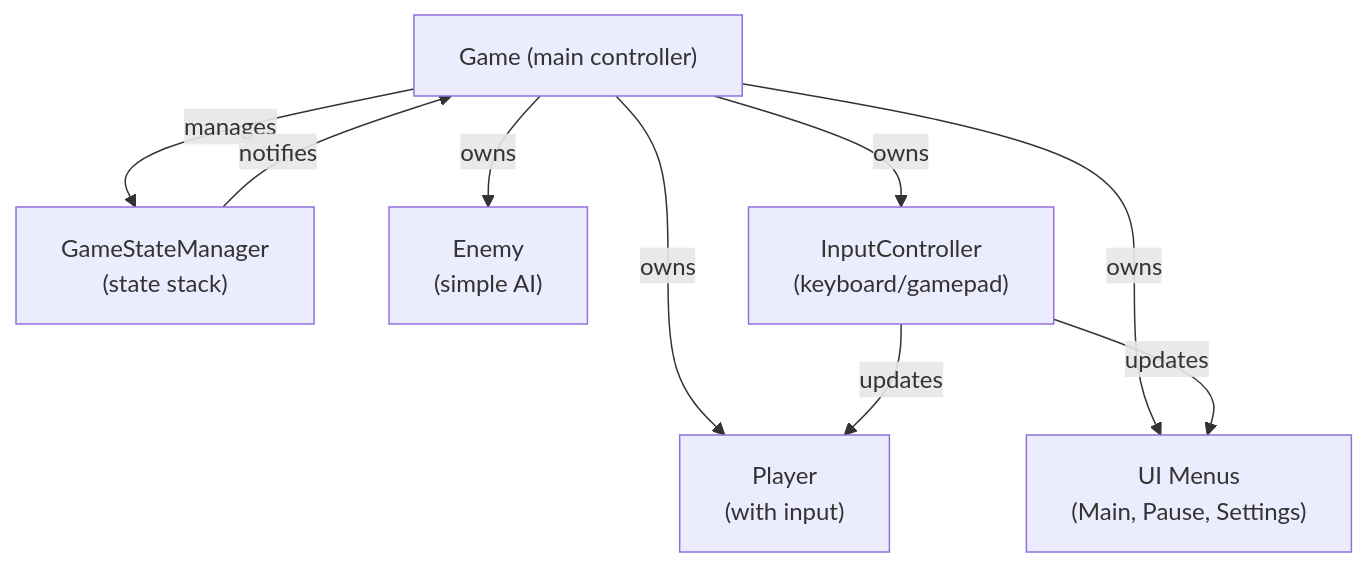
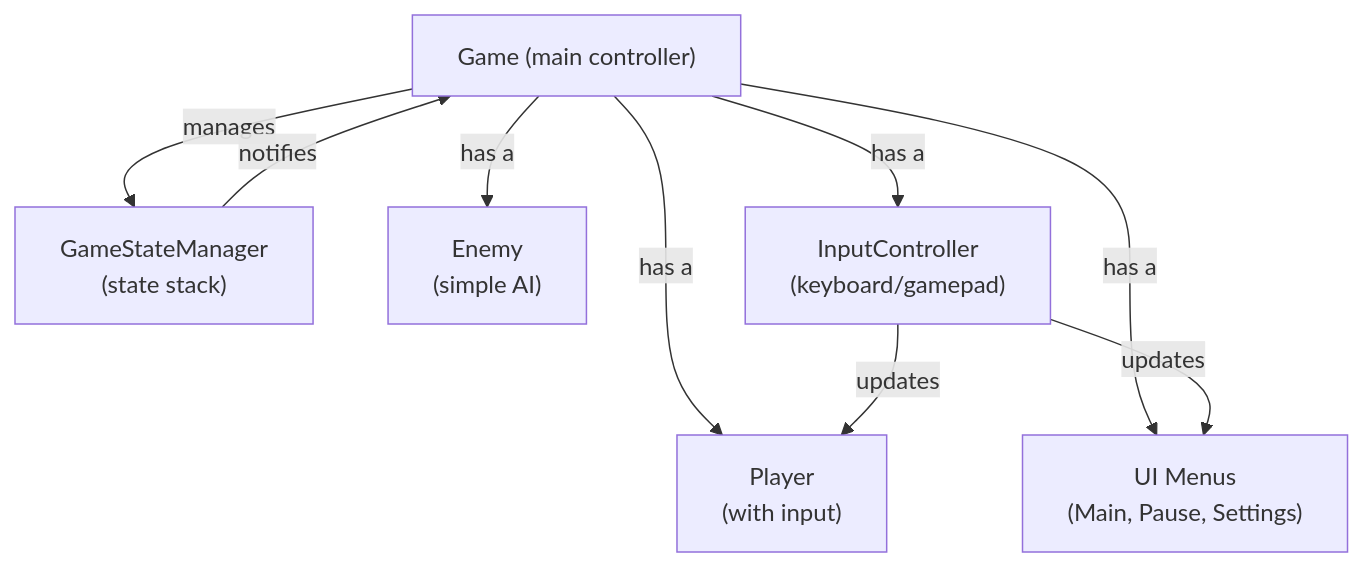
The diagram in Documentation/Architecture & Core Systems/Game Architecture Overview.md (Edward-Norton/4th-Year-Thorns), drawn with Mermaid before and after one commit. The commit also changed other lines of this file and 2 other files, not shown here.

Commit message:
Documentation Folder added

````diff
--- a/Documentation/Architecture & Core Systems/Game Architecture Overview.md
+++ b/Documentation/Architecture & Core Systems/Game Architecture Overview.md
@@ -10,33 +10,33 @@
 ```mermaid
 
 graph TB
 
     Game["Game (main controller)"]
 
     StateManager["GameStateManager<br/>(state stack)"]
 
     Player["Player<br/>(with input)"]
 
     Enemy["Enemy<br/>(simple AI)"]
 
     InputCtrl["InputController<br/>(keyboard/gamepad)"]
 
     Menus["UI Menus<br/>(Main, Pause, Settings)"]
 
     Game -->|manages| StateManager
 
-    Game -->|owns| Player
+    Game -->|has a| Player
 
-    Game -->|owns| Enemy
+    Game -->|has a| Enemy
 
-    Game -->|owns| InputCtrl
+    Game -->|has a| InputCtrl
 
-    Game -->|owns| Menus
+    Game -->|has a| Menus
 
     StateManager -->|notifies| Game
 
     InputCtrl -->|updates| Menus
 
     InputCtrl -->|updates| Player
 
 ```
````
